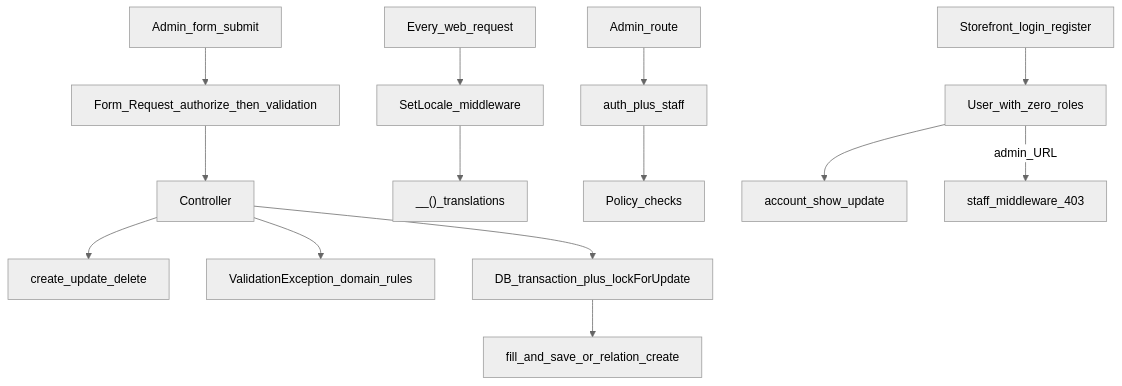
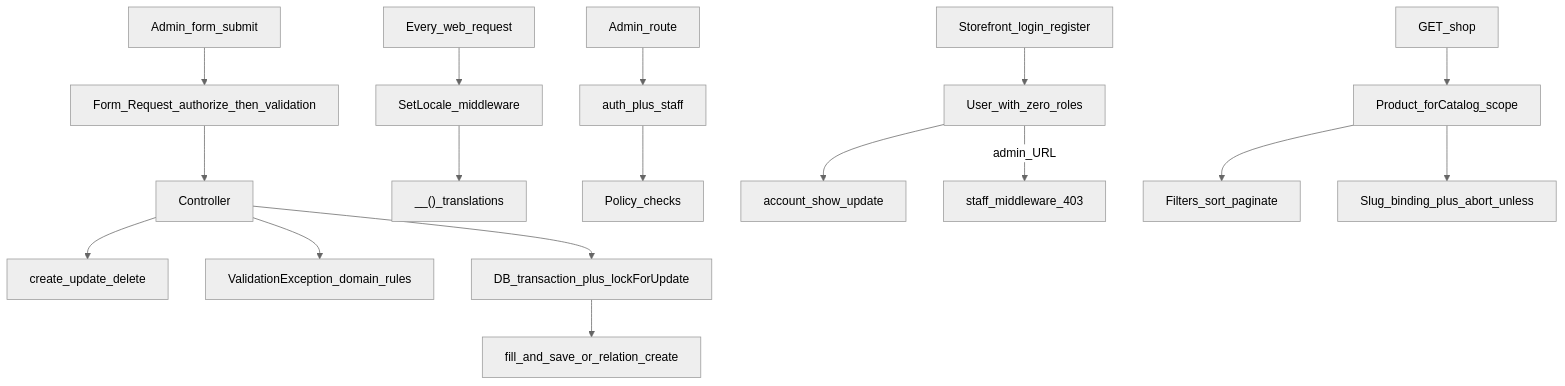
One commit to zeyadnada/captin_perfume changed the fifth of 5 diagrams in LEARNING_GUIDE.md. Above: the diagram before and after it, drawn with Mermaid (neutral theme). The commit also changed other lines of this file and 16 other files, not shown here.

Commit message:
add product catalog (the old style)

````diff
--- a/LEARNING_GUIDE.md
+++ b/LEARNING_GUIDE.md
@@ -369,16 +451,19 @@
 ```mermaid
 flowchart TD
     formSubmit[Admin_form_submit] --> formRequest[Form_Request_authorize_then_validation]
     formRequest --> controller[Controller]
     controller --> simpleCrud[create_update_delete]
     controller --> businessRule[ValidationException_domain_rules]
     controller --> inventoryWrite[DB_transaction_plus_lockForUpdate]
     inventoryWrite --> fillSave[fill_and_save_or_relation_create]
     everyRequest[Every_web_request] --> setLocale[SetLocale_middleware]
     setLocale --> underscore["__()_translations"]
     adminRoute[Admin_route] --> authStaff["auth_plus_staff"]
     authStaff --> policies[Policy_checks]
     storefrontAuth[Storefront_login_register] --> customerUser[User_with_zero_roles]
     customerUser --> accountPage[account_show_update]
     customerUser -->|admin_URL| staffForbidden[staff_middleware_403]
+    publicShop[GET_shop] --> forCatalog[Product_forCatalog_scope]
+    forCatalog --> shopIndex[Filters_sort_paginate]
+    forCatalog --> shopShow["Slug_binding_plus_abort_unless"]
 ```
````
